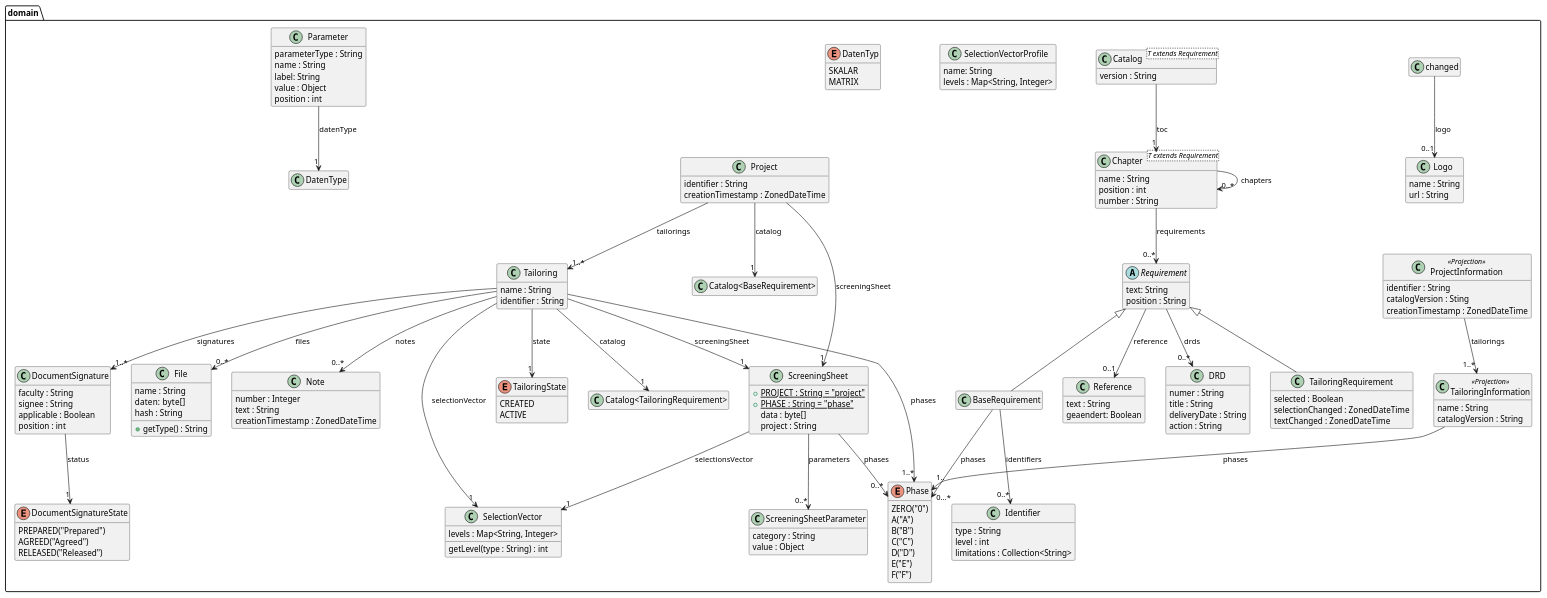
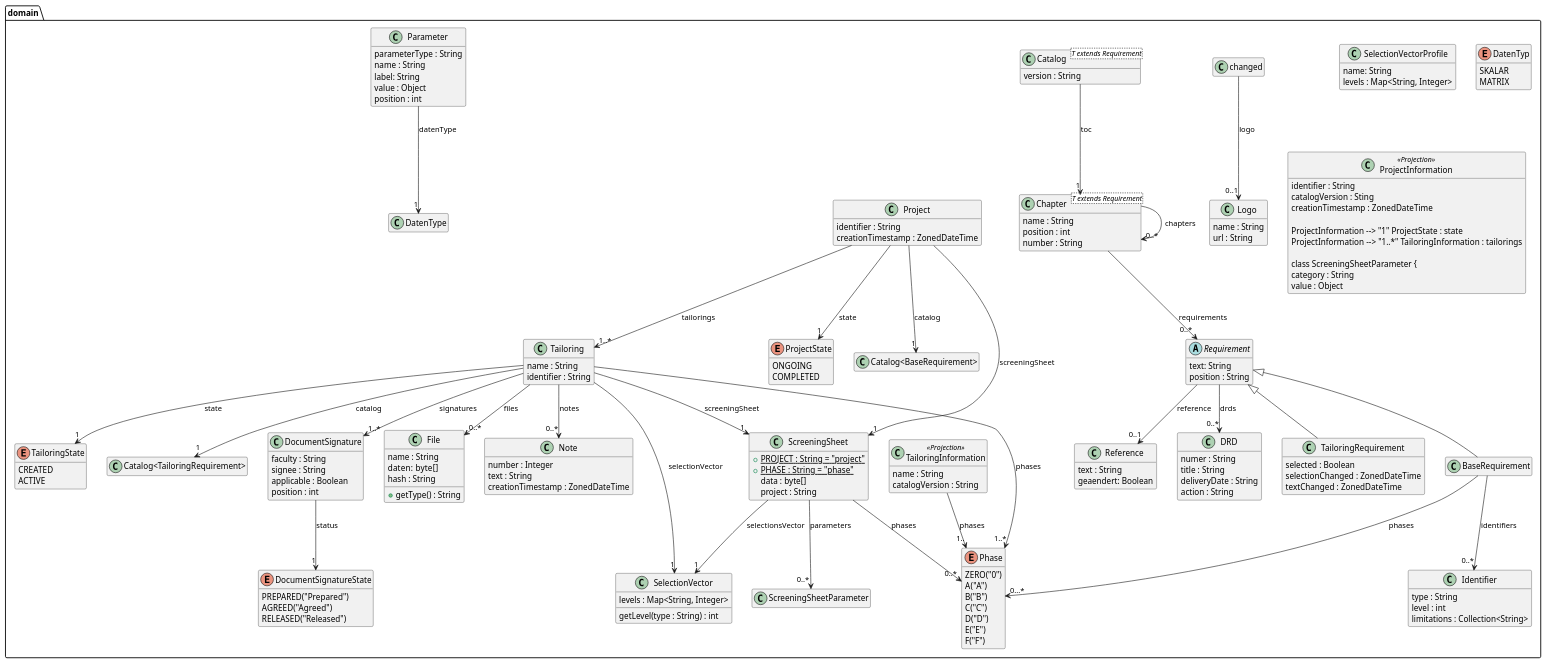
One commit to tailoringexpert/platform changed the diagram in src/site/arc42/plantuml/core/domain/Ebene3.plantuml. Above: the diagram before and after it, drawn with PlantUML. The commit also changed 6 other files, not shown here.

```diff
--- a/src/site/arc42/plantuml/core/domain/Ebene3.plantuml
+++ b/src/site/arc42/plantuml/core/domain/Ebene3.plantuml
@@ -1,181 +1,188 @@
 @startuml Ebene3.png
 skinparam componentStyle uml2
 
 package domain {
 
     class Logo {
         name : String
         url : String
     }
 
     class Reference {
       text : String
       geaendert: Boolean
     }
     changed --> "0..1" Logo : logo
 
     abstract class Requirement{
       text: String
       position : String
     }
     Requirement --> "0..1" Reference : reference
     Requirement --> "0..*" DRD : drds
 
     class DRD {
         numer : String
         title : String
         deliveryDate : String
         action : String
     }
     class Identifier {
         type : String
         level : int
         limitations : Collection<String>
     }
 
     enum Phase {
         ZERO("0")
         A("A")
         B("B")
         C("C")
         D("D")
         E("E")
         F("F")
     }
 
     class BaseRequirement {
     }
     Requirement <|-- BaseRequirement
     BaseRequirement --> "0..*" Identifier : identifiers
     BaseRequirement --> "0...*" Phase : phases
 
 
     class Chapter<T extends Requirement> {
         name : String
         position : int
         number : String
     }
     Chapter --> "0..*" Chapter : chapters
     Chapter --> "0..*" Requirement : requirements
 
     class TailoringRequirement {
         selected : Boolean
         selectionChanged : ZonedDateTime
         textChanged : ZonedDateTime
     }
     Requirement <|-- TailoringRequirement
 
     class Catalog<T extends Requirement> {
         version : String
     }
     Catalog --> "1" Chapter : toc
 
 
     class SelectionVector {
         levels : Map<String, Integer>
         getLevel(type : String) : int
     }
 
     class SelectionVectorProfile {
         name: String
         levels : Map<String, Integer>
     }
 
     class ScreeningSheet {
         +{static} PROJECT : String = "project"
         +{static} PHASE : String = "phase"
         data : byte[]
         project : String
     }
     ScreeningSheet --> "1" SelectionVector : selectionsVector
     ScreeningSheet -->  "0..*" ScreeningSheetParameter : parameters
     ScreeningSheet -->  "0..*" Phase : phases
 
     class File {
         name : String
         daten:  byte[]
         hash : String
         +getType() : String
     }
 
     class Note {
         number : Integer
         text : String
         creationTimestamp : ZonedDateTime
     }
 
     enum TailoringState {
         CREATED
         ACTIVE
     }
 
     class Tailoring {
         name : String
         identifier : String
     }
 
     Tailoring --> "1" SelectionVector : selectionVector
     Tailoring --> "1" ScreeningSheet : screeningSheet
     Tailoring --> "1..*" Phase : phases
     Tailoring --> "1" "Catalog<TailoringRequirement>" : catalog
     Tailoring --> "1" TailoringState : state
     Tailoring --> "0..*" File : files
     Tailoring --> "1..*" DocumentSignature : signatures
     Tailoring --> "0..*" Note : notes
 
+    enum ProjectState {
+        ONGOING
+        COMPLETED
+    }
+
     class Project {
         identifier : String
         creationTimestamp : ZonedDateTime
     }
+    Project --> "1" ProjectState : state
     Project --> "1..*" Tailoring : tailorings
     Project --> "1" ScreeningSheet : screeningSheet
     Project --> "1" "Catalog<BaseRequirement>" : catalog
 
     enum DatenTyp {
         SKALAR
         MATRIX
     }
 
     class Parameter {
         parameterType : String
         name : String
         label: String
         value : Object
         position : int
     }
     Parameter --> "1" DatenType : datenType
 
     enum DocumentSignatureState {
         PREPARED("Prepared")
         AGREED("Agreed")
         RELEASED("Released")
     }
 
     class DocumentSignature {
         faculty : String
         signee : String
         applicable : Boolean
         position : int
     }
     DocumentSignature --> "1" DocumentSignatureState : status
 
     class TailoringInformation<<Projection>> {
         name : String
         catalogVersion : String
     }
     TailoringInformation --> "1.." Phase : phases
 
     class ProjectInformation<<Projection>> {
         identifier : String
         catalogVersion : Sting
         creationTimestamp : ZonedDateTime
-    }
+
+    ProjectInformation --> "1" ProjectState : state
     ProjectInformation --> "1..*" TailoringInformation : tailorings
 
     class ScreeningSheetParameter {
         category : String
         value : Object
     }
 }
 hide empty members
 @enduml
```
